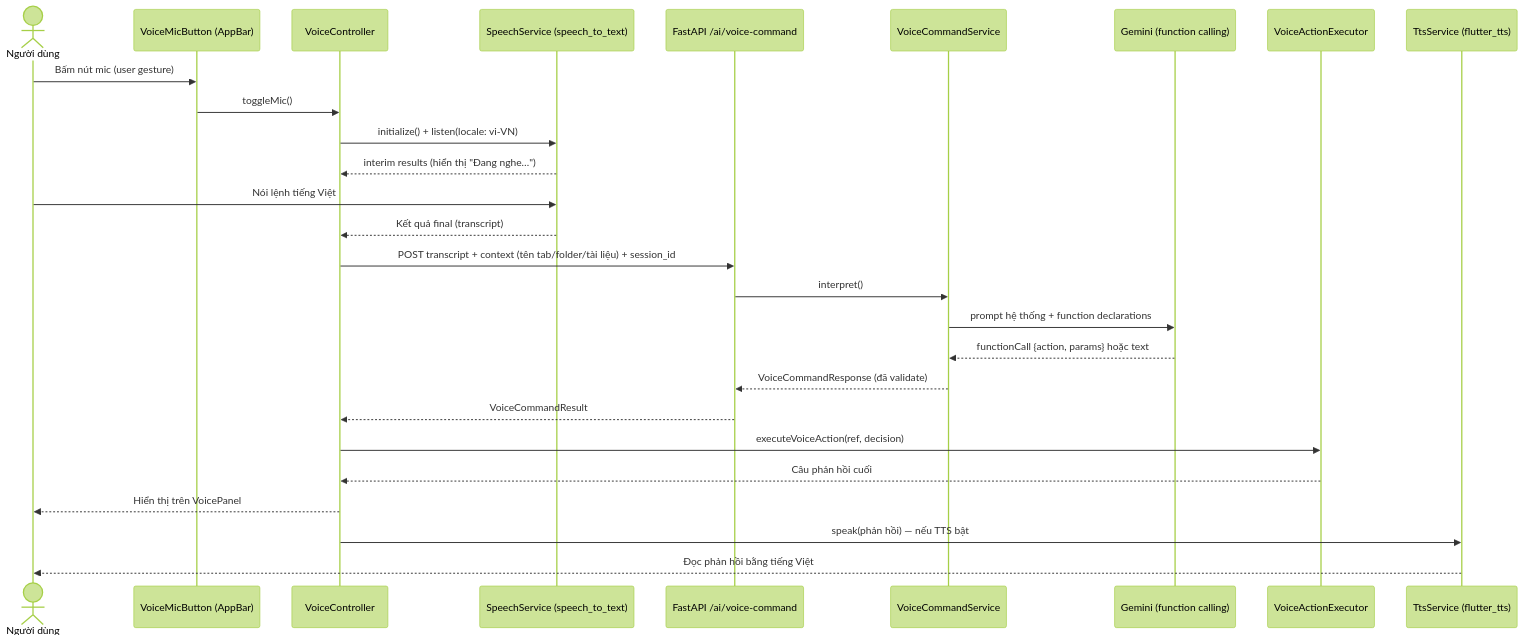
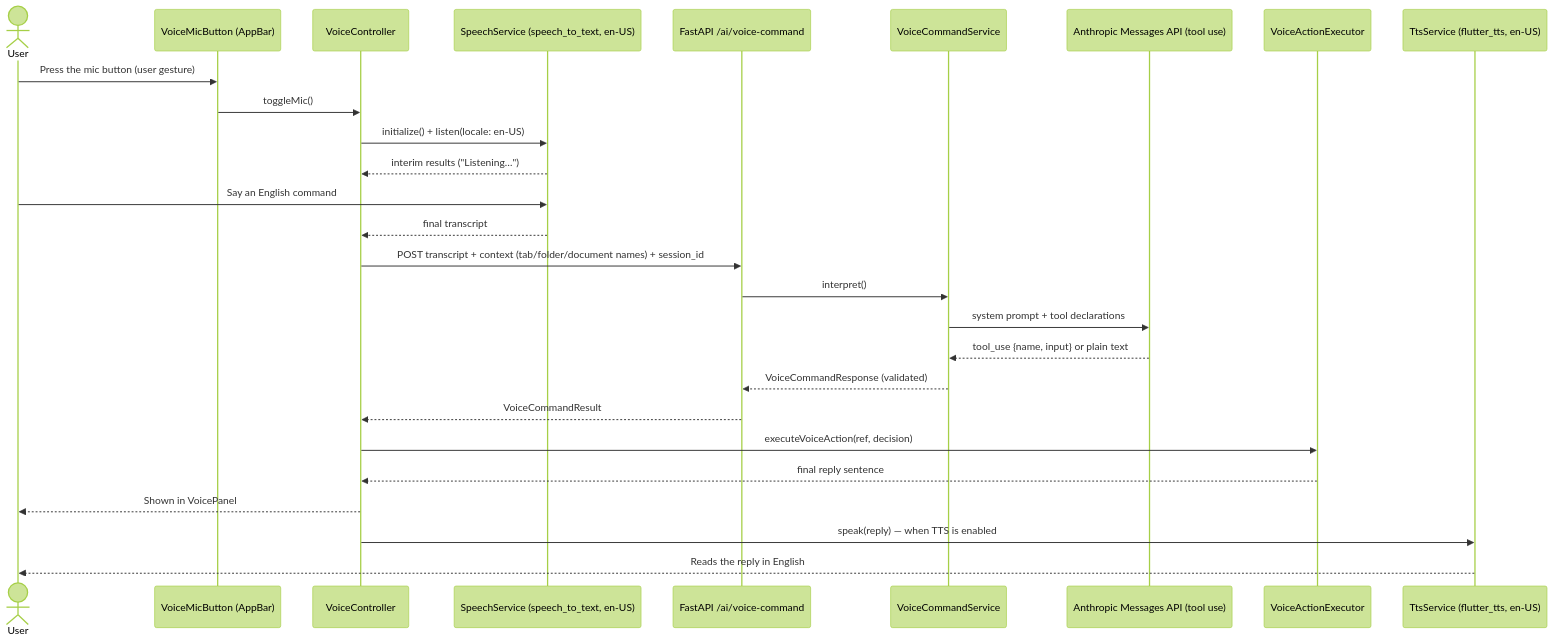
Before and after one commit to VuHoangGit/testss: the first of 6 diagrams in docs/voice-flows.md, drawn with Mermaid (forest theme). The commit also changed other lines of this file and 63 other files, not shown here.

````diff
--- a/docs/voice-flows.md
+++ b/docs/voice-flows.md
@@ -8,30 +9,30 @@
 ```mermaid
 sequenceDiagram
-    actor U as Người dùng
+    actor U as User
     participant Mic as VoiceMicButton (AppBar)
     participant VC as VoiceController
-    participant STT as SpeechService (speech_to_text)
+    participant STT as SpeechService (speech_to_text, en-US)
     participant API as FastAPI /ai/voice-command
     participant SVC as VoiceCommandService
-    participant GEM as Gemini (function calling)
+    participant LLM as Anthropic Messages API (tool use)
     participant EXE as VoiceActionExecutor
-    participant TTS as TtsService (flutter_tts)
+    participant TTS as TtsService (flutter_tts, en-US)
 
-    U->>Mic: Bấm nút mic (user gesture)
+    U->>Mic: Press the mic button (user gesture)
     Mic->>VC: toggleMic()
-    VC->>STT: initialize() + listen(locale: vi-VN)
-    STT-->>VC: interim results (hiển thị "Đang nghe…")
-    U->>STT: Nói lệnh tiếng Việt
-    STT-->>VC: Kết quả final (transcript)
-    VC->>API: POST transcript + context (tên tab/folder/tài liệu) + session_id
+    VC->>STT: initialize() + listen(locale: en-US)
+    STT-->>VC: interim results ("Listening…")
+    U->>STT: Say an English command
+    STT-->>VC: final transcript
+    VC->>API: POST transcript + context (tab/folder/document names) + session_id
     API->>SVC: interpret()
-    SVC->>GEM: prompt hệ thống + function declarations
-    GEM-->>SVC: functionCall {action, params} hoặc text
-    SVC-->>API: VoiceCommandResponse (đã validate)
+    SVC->>LLM: system prompt + tool declarations
+    LLM-->>SVC: tool_use {name, input} or plain text
+    SVC-->>API: VoiceCommandResponse (validated)
     API-->>VC: VoiceCommandResult
     VC->>EXE: executeVoiceAction(ref, decision)
-    EXE-->>VC: Câu phản hồi cuối
-    VC-->>U: Hiển thị trên VoicePanel
-    VC->>TTS: speak(phản hồi) — nếu TTS bật
-    TTS-->>U: Đọc phản hồi bằng tiếng Việt
+    EXE-->>VC: final reply sentence
+    VC-->>U: Shown in VoicePanel
+    VC->>TTS: speak(reply) — when TTS is enabled
+    TTS-->>U: Reads the reply in English
 ```
````
